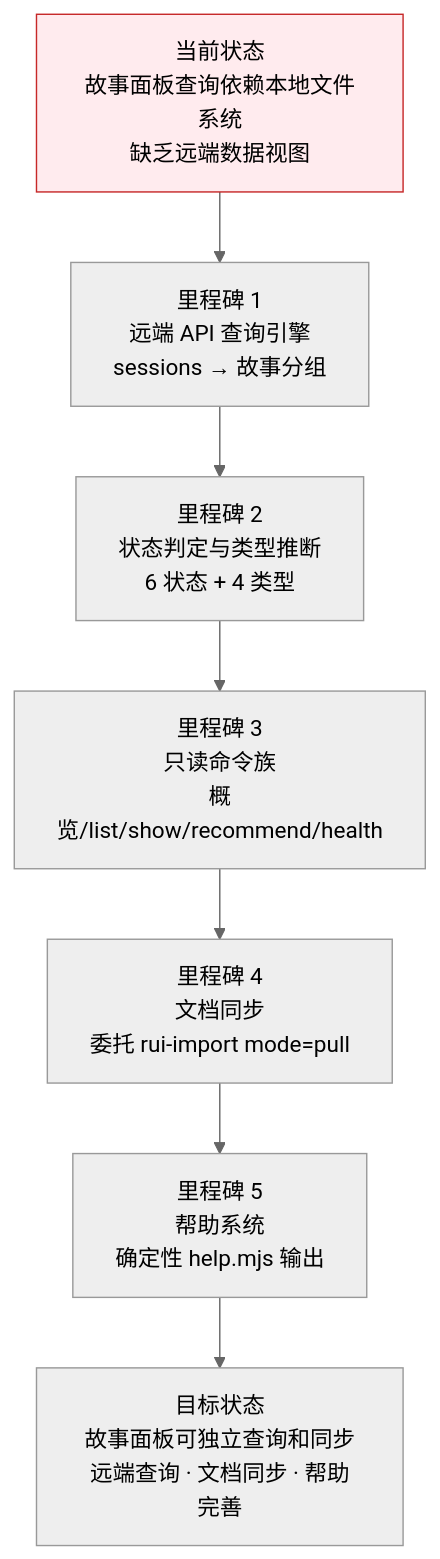
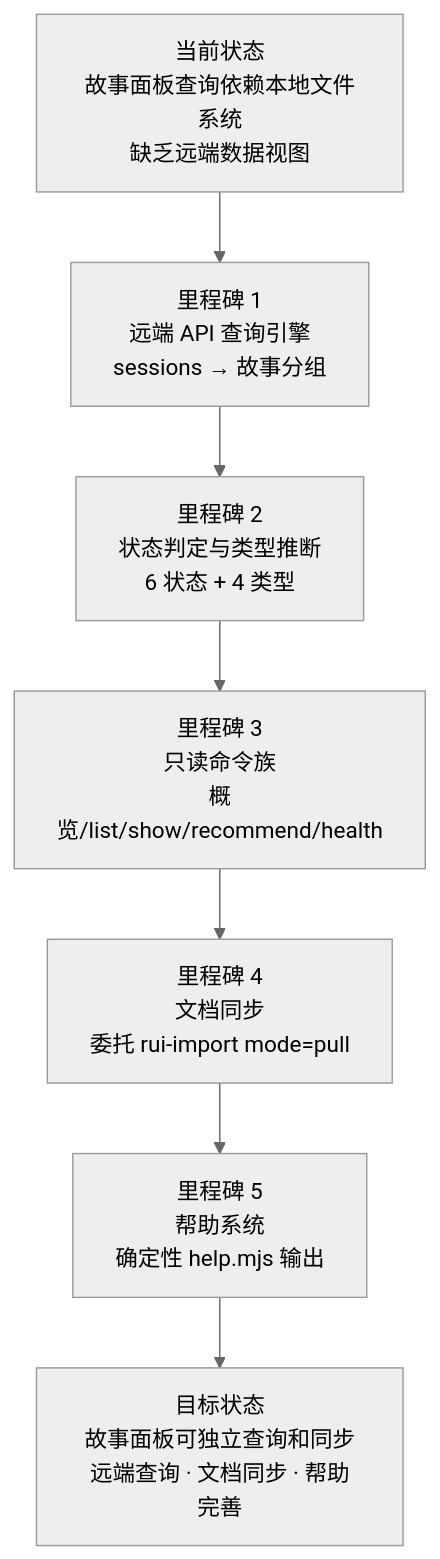
Before and after one commit to effiy/YrY: the diagram in docs/故事任务面板/rui-story/故事任务.md, drawn with Mermaid (neutral theme). The commit also changed other lines of this file and 61 other files, not shown here.

````diff
--- a/docs/故事任务面板/rui-story/故事任务.md
+++ b/docs/故事任务面板/rui-story/故事任务.md
@@ -23,14 +23,11 @@
 ```mermaid
 flowchart TD
     NOW["当前状态<br/>故事面板查询依赖本地文件系统<br/>缺乏远端数据视图"]:::pain
     NOW --> M1["里程碑 1<br/>远端 API 查询引擎<br/>sessions → 故事分组"]
     M1 --> M2["里程碑 2<br/>状态判定与类型推断<br/>6 状态 + 4 类型"]
     M2 --> M3["里程碑 3<br/>只读命令族<br/>概览/list/show/recommend/health"]
     M3 --> M4["里程碑 4<br/>文档同步<br/>委托 rui-import mode=pull"]
     M4 --> M5["里程碑 5<br/>帮助系统<br/>确定性 help.mjs 输出"]
     M5 --> GOAL["目标状态<br/>故事面板可独立查询和同步<br/>远端查询 · 文档同步 · 帮助完善"]
 
-    classDef pain fill:#ffebee,stroke:#c62828;
-    classDef milestone fill:#fff3e0,stroke:#e65100;
-    classDef goal fill:#e8f5e9,stroke:#2e7d32;
 ```
````
